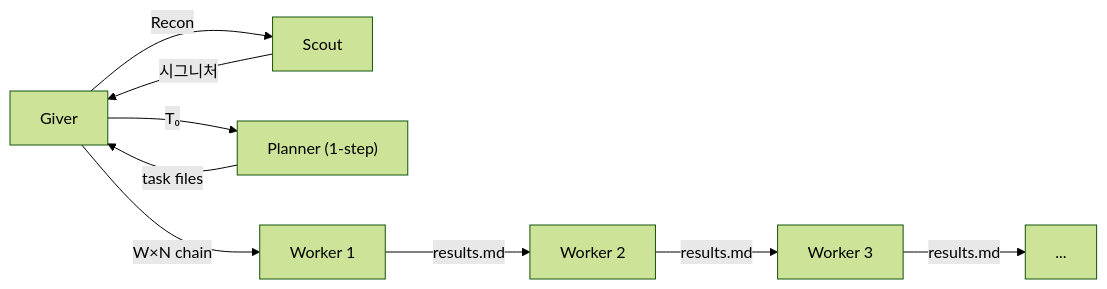
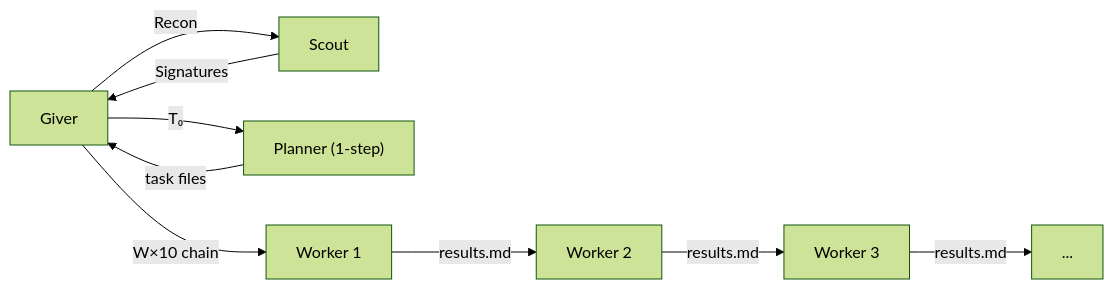
Before and after one commit to sng2c/giver-architecture: the diagram in README.md, drawn with Mermaid (forest theme). The commit also changed other lines of this file and 1 other file, not shown here.

````diff
--- a/README.md
+++ b/README.md
@@ -39,11 +39,11 @@
 ```mermaid
 graph LR
     G["Giver"] -->|Recon| S["Scout"]
-    S -->|시그니처| G
+    S -->|Signatures| G
     G -->|"T₀"| P["Planner (1-step)"]
     P -->|task files| G
-    G -->|W×N chain| W1["Worker 1"]
+    G -->|W×10 chain| W1["Worker 1"]
     W1 -->|results.md| W2["Worker 2"]
     W2 -->|results.md| W3["Worker 3"]
     W3 -->|results.md| W4["..."]
 ```
````
